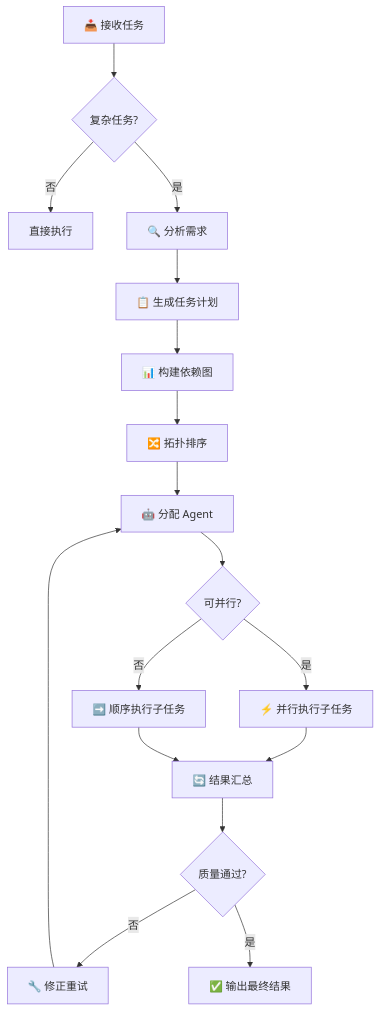
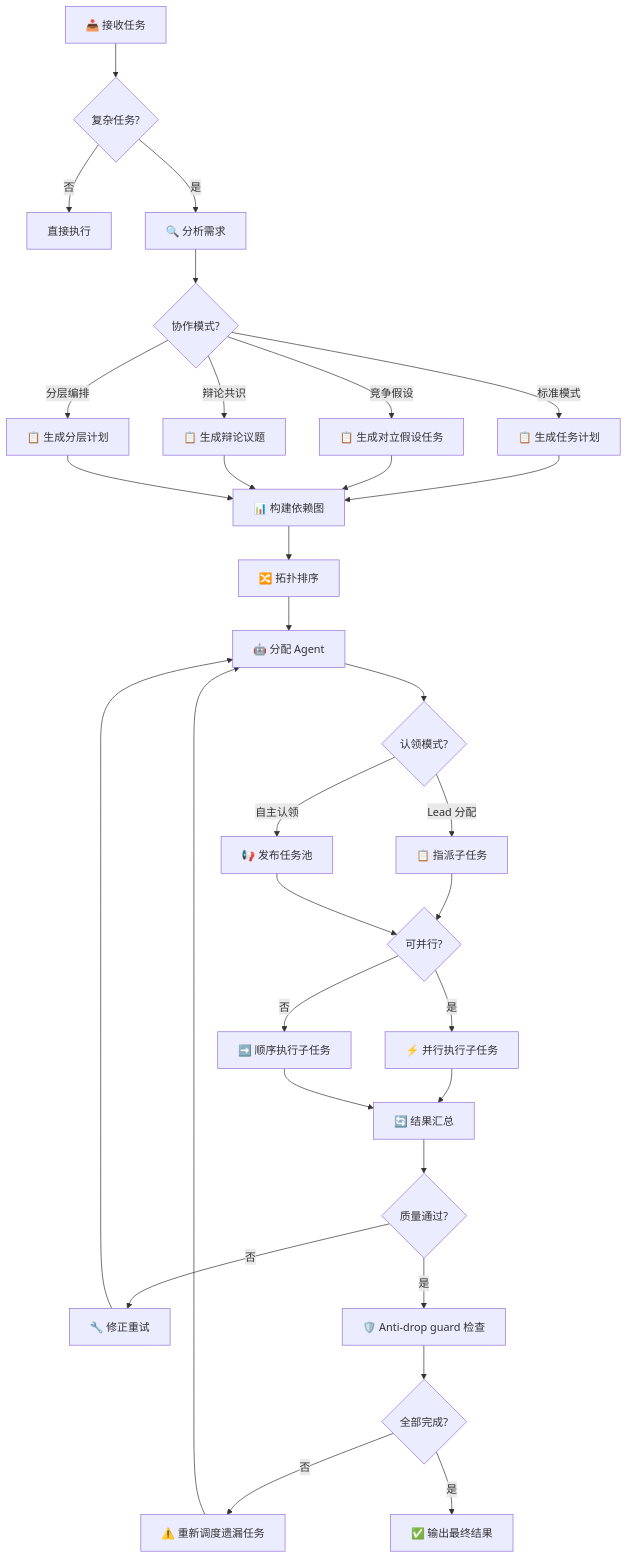
One commit to zsh-zzu/task-orchestrator changed the diagram in README.md. Above: the diagram before and after it, drawn with Mermaid. The commit also changed other lines of this file and 2 other files, not shown here.

Commit message:
feat: incorporate Claude Code Agent Teams patterns and 10 new features
- Task claim modes (Lead Assign vs Self-claim)
- Advanced collaboration patterns (Competitive Hypotheses, Debate & Consensus, Layered Orchestration)
- Cost awareness and optimization strategies
- Structured Handoff Protocol
- Delivery Proof mechanism
- Anti-drop Guard
- Mesh vs Hub-and-spoke communication guide
- 16-type capability classification and agent mapping
- Task claim vs assign decision tree
- Cost optimization strategies

````diff
--- a/README.md
+++ b/README.md
@@ -59,19 +71,35 @@
 ```mermaid
 flowchart TD
     A[📥 接收任务] --> B{复杂任务?}
     B -- 否 --> C[直接执行]
     B -- 是 --> D[🔍 分析需求]
-    D --> E[📋 生成任务计划]
-    E --> F[📊 构建依赖图]
-    F --> G[🔀 拓扑排序]
-    G --> H[🤖 分配 Agent]
-    H --> I{可并行?}
-    I -- 是 --> J[⚡ 并行执行子任务]
-    I -- 否 --> K[➡️ 顺序执行子任务]
-    J --> L[🔄 结果汇总]
-    K --> L
-    L --> M{质量通过?}
-    M -- 否 --> N[🔧 修正重试]
-    N --> H
-    M -- 是 --> O[✅ 输出最终结果]
+    D --> E{协作模式?}
+    E -- 标准模式 --> F[📋 生成任务计划]
+    E -- 竞争假设 --> F1[📋 生成对立假设任务]
+    E -- 辩论共识 --> F2[📋 生成辩论议题]
+    E -- 分层编排 --> F3[📋 生成分层计划]
+    F --> G[📊 构建依赖图]
+    F1 --> G
+    F2 --> G
+    F3 --> G
+    G --> H[🔀 拓扑排序]
+    H --> I[🤖 分配 Agent]
+    I --> J{认领模式?}
+    J -- Lead 分配 --> K1[📋 指派子任务]
+    J -- 自主认领 --> K2[📢 发布任务池]
+    K1 --> L
+    K2 --> L
+    L{可并行?}
+    L -- 是 --> M[⚡ 并行执行子任务]
+    L -- 否 --> N[➡️ 顺序执行子任务]
+    M --> O[🔄 结果汇总]
+    N --> O
+    O --> P{质量通过?}
+    P -- 否 --> Q[🔧 修正重试]
+    Q --> I
+    P -- 是 --> R[🛡️ Anti-drop guard 检查]
+    R --> S{全部完成?}
+    S -- 否 --> T[⚠️ 重新调度遗漏任务]
+    T --> I
+    S -- 是 --> U[✅ 输出最终结果]
 ```
````
